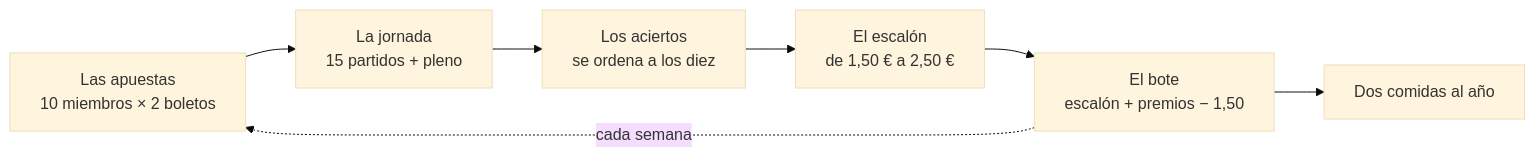
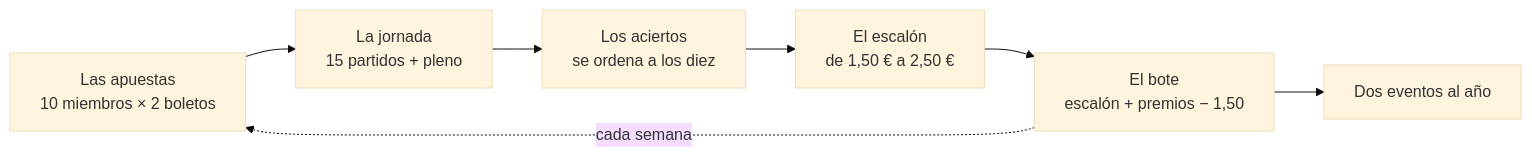
One commit to afayaizu-dev/quini-api changed the first of 5 diagrams in README.md. Above: the diagram before and after it, drawn with Mermaid (base theme). The commit also changed other lines of this file and 1 other file, not shown here.

````diff
--- a/README.md
+++ b/README.md
@@ -35,9 +72,9 @@
 ```mermaid
 flowchart LR
     A["Las apuestas<br/>10 miembros × 2 boletos"] --> B["La jornada<br/>15 partidos + pleno"]
     B --> C["Los aciertos<br/>se ordena a los diez"]
     C --> D["El escalón<br/>de 1,50 € a 2,50 €"]
     D --> E["El bote<br/>escalón + premios − 1,50"]
     E -.->|cada semana| A
-    E --> F["Dos comidas al año"]
+    E --> F["Dos eventos al año"]
 ```
````
